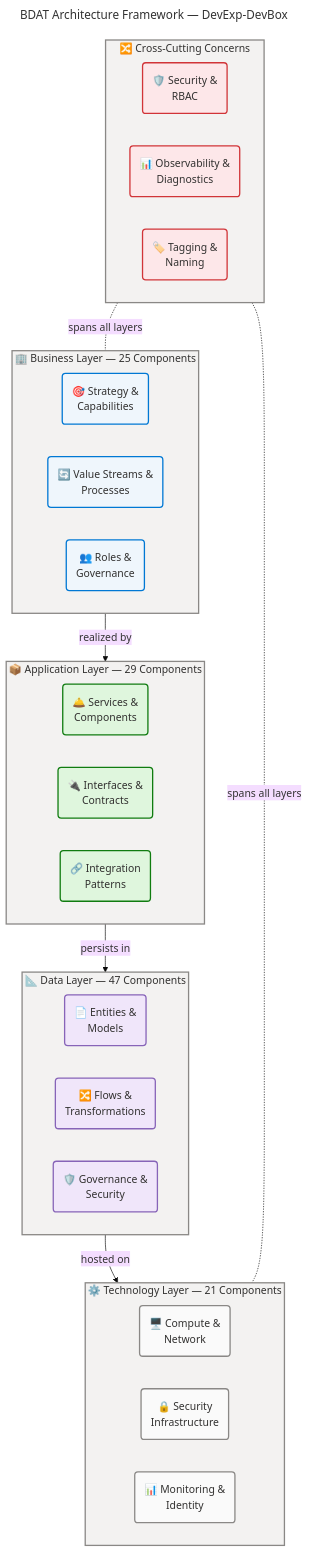
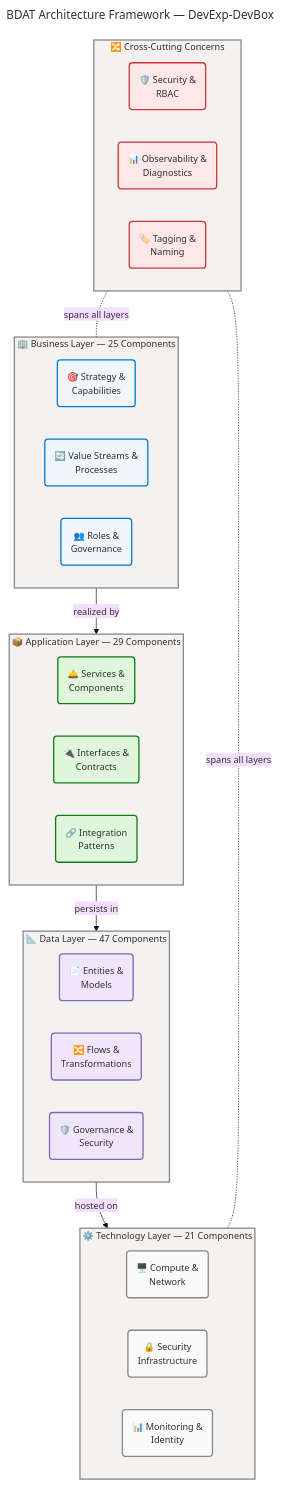
The diagram in docs/architecture/README.md (Evilazaro/DevExp-DevBox), drawn with Mermaid before and after one commit. The commit also changed 5 other files, not shown here.

Commit message:
feat: update font size in architecture documentation from 16px to 14px for improved readability

````diff
--- a/docs/architecture/README.md
+++ b/docs/architecture/README.md
@@ -59,82 +59,82 @@
 ```mermaid
 ---
 title: BDAT Architecture Framework — DevExp-DevBox
 config:
   theme: base
   look: classic
   layout: dagre
   themeVariables:
-    fontSize: '16px'
+    fontSize: "14px"
   flowchart:
     htmlLabels: true
 ---
 flowchart TB
     accTitle: BDAT Architecture Framework — DevExp-DevBox
     accDescr: Shows the four BDAT architecture layers, their key questions, component types, and vertical traceability relationships for the DevExp-DevBox platform
 
     %% ═══════════════════════════════════════════════════════════════════════════
     %% AZURE / FLUENT ARCHITECTURE PATTERN v1.1
     %% (Semantic + Structural + Font + Accessibility Governance)
     %% ═══════════════════════════════════════════════════════════════════════════
     %% PHASE 1 - FLUENT UI: All styling uses approved Fluent UI palette only
     %% PHASE 2 - GROUPS: Every subgraph has semantic color via style directive
     %% PHASE 3 - COMPONENTS: Every node has semantic classDef + icon prefix
     %% PHASE 4 - ACCESSIBILITY: accTitle/accDescr present, WCAG AA contrast
     %% PHASE 5 - STANDARD: Governance block present, classDefs centralized
     %% ═══════════════════════════════════════════════════════════════════════════
 
     subgraph business["🏢 Business Layer — 25 Components"]
         direction LR
         B1("🎯 Strategy &<br/>Capabilities"):::core
         B2("🔄 Value Streams &<br/>Processes"):::core
         B3("👥 Roles &<br/>Governance"):::core
     end
 
     subgraph application["📦 Application Layer — 29 Components"]
         direction LR
         A1("🛎️ Services &<br/>Components"):::success
         A2("🔌 Interfaces &<br/>Contracts"):::success
         A3("🔗 Integration<br/>Patterns"):::success
     end
 
     subgraph dataLayer["📐 Data Layer — 47 Components"]
         direction LR
         D1("📄 Entities &<br/>Models"):::data
         D2("🔀 Flows &<br/>Transformations"):::data
         D3("🛡️ Governance &<br/>Security"):::data
     end
 
     subgraph technology["⚙️ Technology Layer — 21 Components"]
         direction LR
         T1("🖥️ Compute &<br/>Network"):::neutral
         T2("🔒 Security<br/>Infrastructure"):::neutral
         T3("📊 Monitoring &<br/>Identity"):::neutral
     end
 
     subgraph crosscut["🔀 Cross-Cutting Concerns"]
         direction LR
         CC1("🛡️ Security &<br/>RBAC"):::danger
         CC2("📊 Observability &<br/>Diagnostics"):::danger
         CC3("🏷️ Tagging &<br/>Naming"):::danger
     end
 
     business -->|"realized by"| application
     application -->|"persists in"| dataLayer
     dataLayer -->|"hosted on"| technology
     crosscut -.-|"spans all layers"| business
     crosscut -.-|"spans all layers"| technology
 
     %% Centralized classDefs
     classDef core fill:#EFF6FC,stroke:#0078D4,stroke-width:2px,color:#323130
     classDef success fill:#DFF6DD,stroke:#107C10,stroke-width:2px,color:#323130
     classDef data fill:#F0E6FA,stroke:#8764B8,stroke-width:2px,color:#323130
     classDef neutral fill:#FAFAFA,stroke:#8A8886,stroke-width:2px,color:#323130
     classDef danger fill:#FDE7E9,stroke:#D13438,stroke-width:2px,color:#323130
 
     %% Subgraph styling (5 subgraphs = 5 style directives)
     style business fill:#F3F2F1,stroke:#8A8886,stroke-width:2px,color:#323130
     style application fill:#F3F2F1,stroke:#8A8886,stroke-width:2px,color:#323130
     style dataLayer fill:#F3F2F1,stroke:#8A8886,stroke-width:2px,color:#323130
     style technology fill:#F3F2F1,stroke:#8A8886,stroke-width:2px,color:#323130
     style crosscut fill:#F3F2F1,stroke:#8A8886,stroke-width:2px,color:#323130
 ```
````
